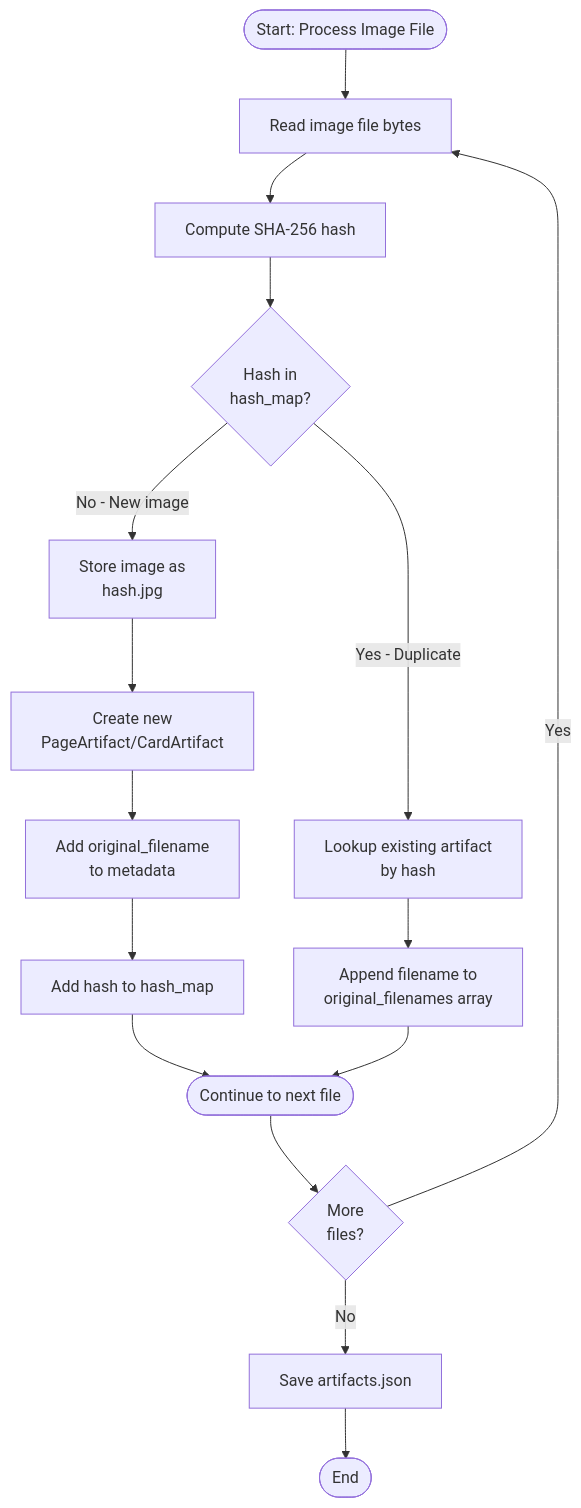
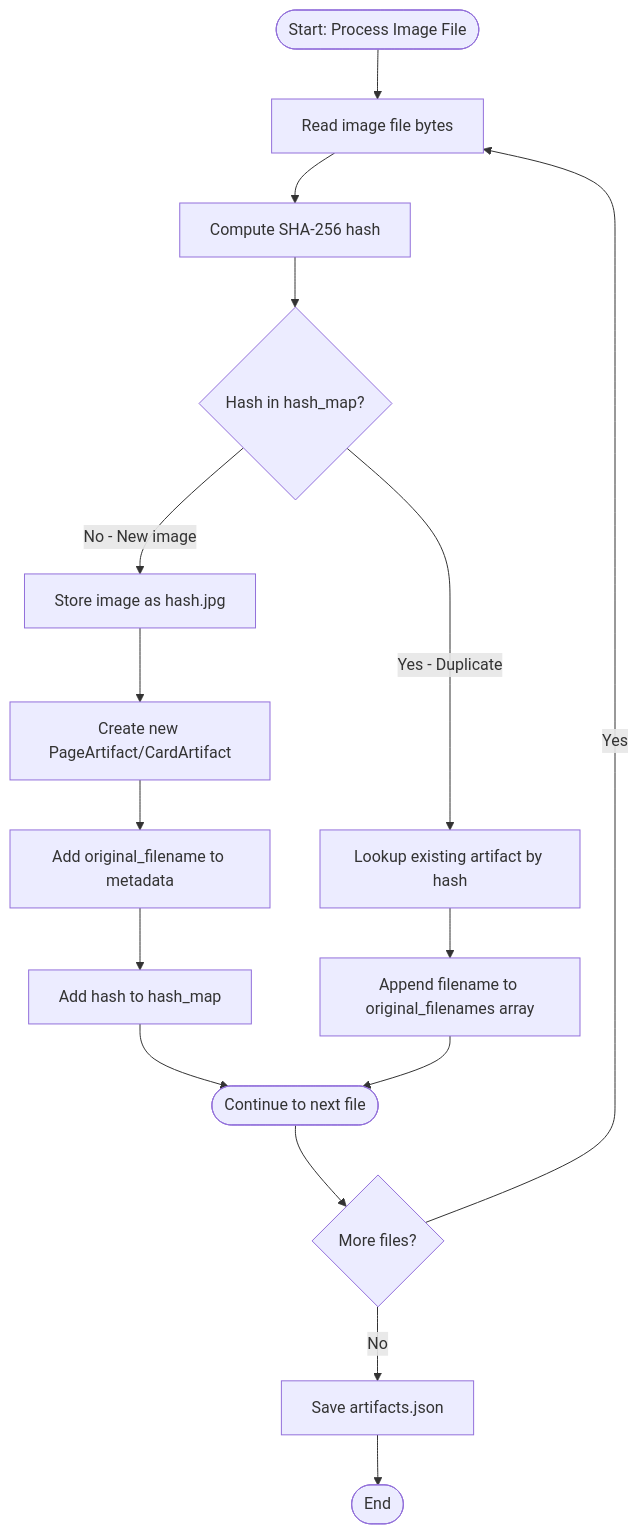
One commit to softwarewrighter/scan3data changed diagram 11 of 15 in wiki/Data-Flow.md. Above: the diagram before and after it, drawn with Mermaid. The commit also changed other lines of this file and 6 other files, not shown here.

First line of the commit message:
Fix wiki Mermaid diagrams: remove <br/> tags

````diff
--- a/wiki/Data-Flow.md
+++ b/wiki/Data-Flow.md
@@ -416,21 +416,21 @@
 ```mermaid
 flowchart TD
     Start([Start: Process Image File]) --> ReadFile[Read image file bytes]
     ReadFile --> ComputeHash[Compute SHA-256 hash]
-    ComputeHash --> CheckHash{Hash in<br/>hash_map?}
+    ComputeHash --> CheckHash{Hash in hash_map?}
 
-    CheckHash -->|No - New image| StoreImage[Store image as<br/>hash.jpg]
-    StoreImage --> CreateArtifact[Create new<br/>PageArtifact/CardArtifact]
-    CreateArtifact --> AddFilename[Add original_filename<br/>to metadata]
+    CheckHash -->|No - New image| StoreImage[Store image as hash.jpg]
+    StoreImage --> CreateArtifact[Create new PageArtifact/CardArtifact]
+    CreateArtifact --> AddFilename[Add original_filename to metadata]
     AddFilename --> UpdateMap[Add hash to hash_map]
     UpdateMap --> Continue([Continue to next file])
 
-    CheckHash -->|Yes - Duplicate| LookupArtifact[Lookup existing artifact<br/>by hash]
-    LookupArtifact --> AppendFilename[Append filename to<br/>original_filenames array]
+    CheckHash -->|Yes - Duplicate| LookupArtifact[Lookup existing artifact by hash]
+    LookupArtifact --> AppendFilename[Append filename to original_filenames array]
     AppendFilename --> Continue
 
-    Continue --> MoreFiles{More<br/>files?}
+    Continue --> MoreFiles{More files?}
     MoreFiles -->|Yes| ReadFile
     MoreFiles -->|No| SaveCIR[Save artifacts.json]
     SaveCIR --> End([End])
 ```
````
